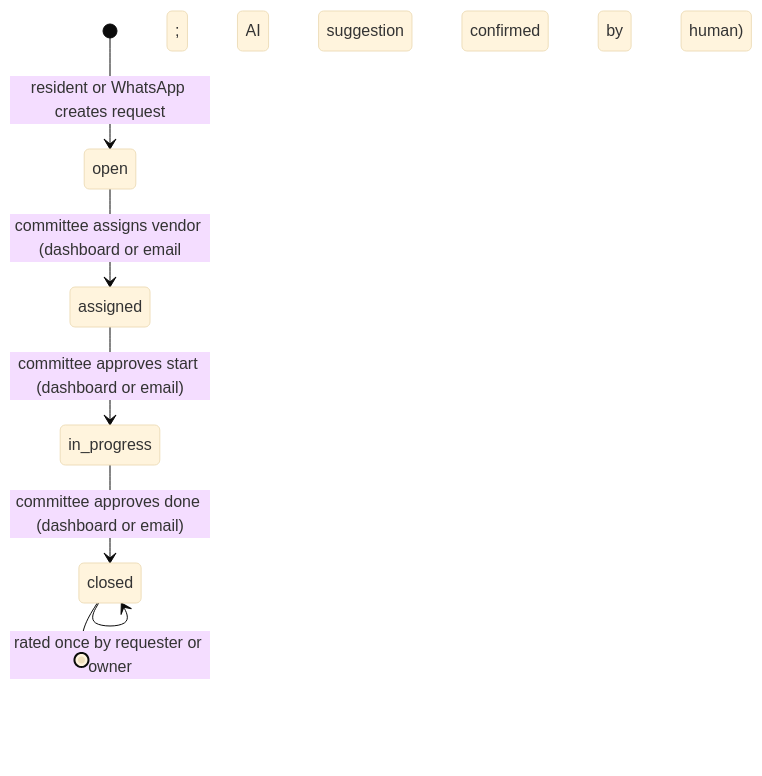
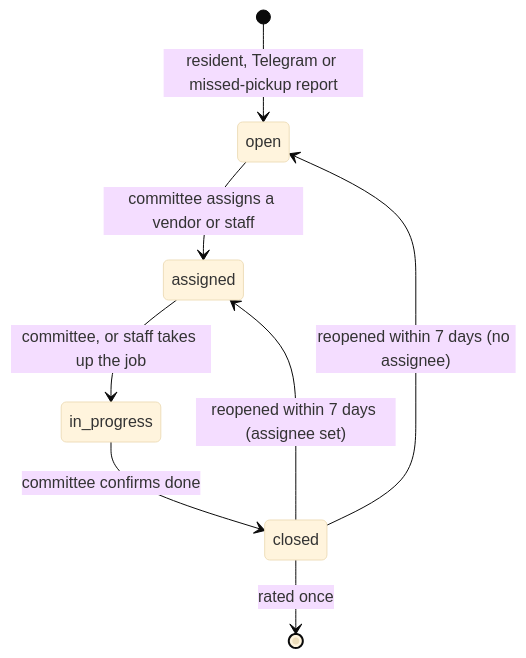
Before and after one commit to beerus-Ai/housing-portal: the fourth of 5 diagrams in docs/architecture/architecture.md, drawn with Mermaid (base theme). The commit also changed other lines of this file and 44 other files, not shown here.

````diff
--- a/docs/architecture/architecture.md
+++ b/docs/architecture/architecture.md
@@ -288,9 +107,10 @@
 ```mermaid
 stateDiagram-v2
-  [*] --> open: resident or WhatsApp creates request
-  open --> assigned: committee assigns vendor (dashboard or email; AI suggestion confirmed by human)
-  assigned --> in_progress: committee approves start (dashboard or email)
-  in_progress --> closed: committee approves done (dashboard or email)
-  closed --> closed: rated once by requester or owner
-  closed --> [*]
+  [*] --> open: resident, Telegram or missed-pickup report
+  open --> assigned: committee assigns a vendor or staff
+  assigned --> in_progress: committee, or staff takes up the job
+  in_progress --> closed: committee confirms done
+  closed --> assigned: reopened within 7 days (assignee set)
+  closed --> open: reopened within 7 days (no assignee)
+  closed --> [*]: rated once
 ```
````
